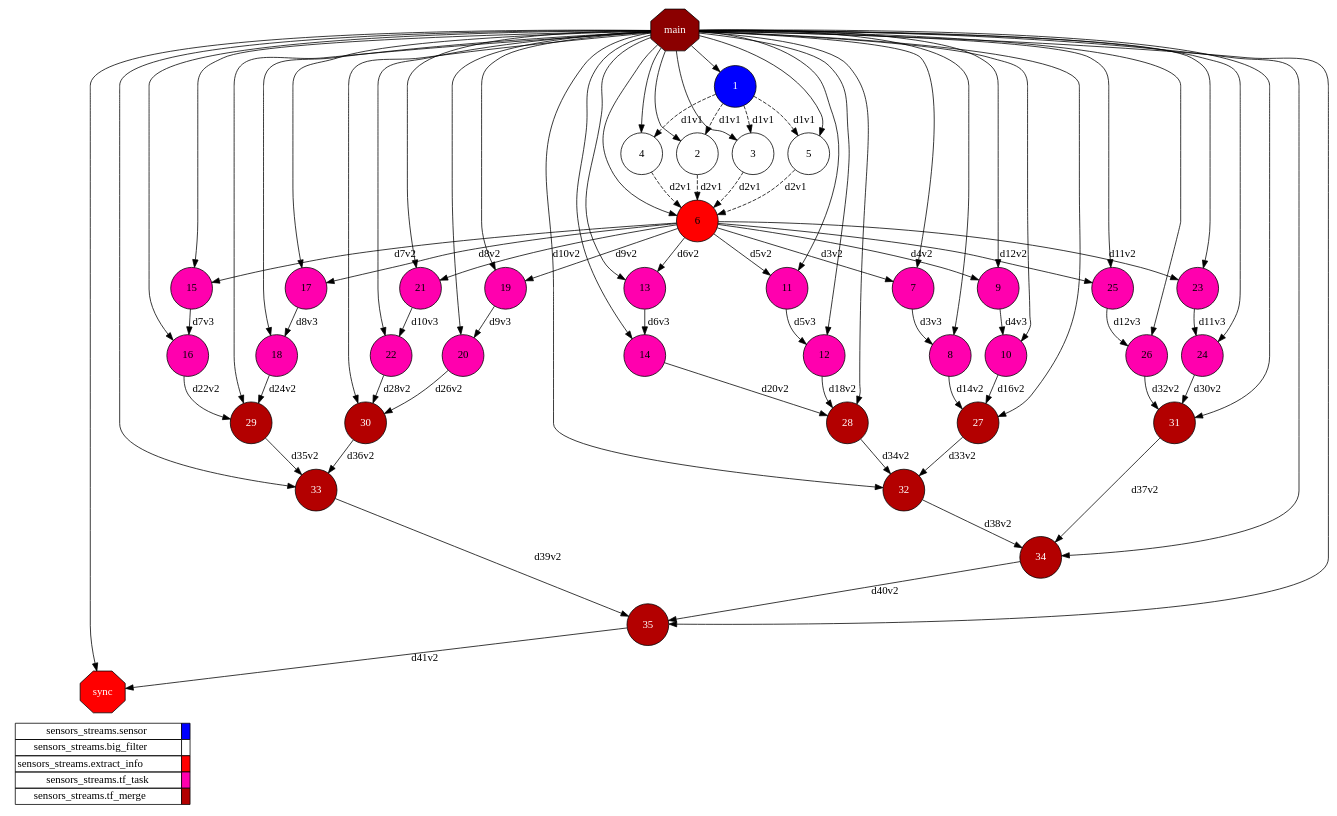
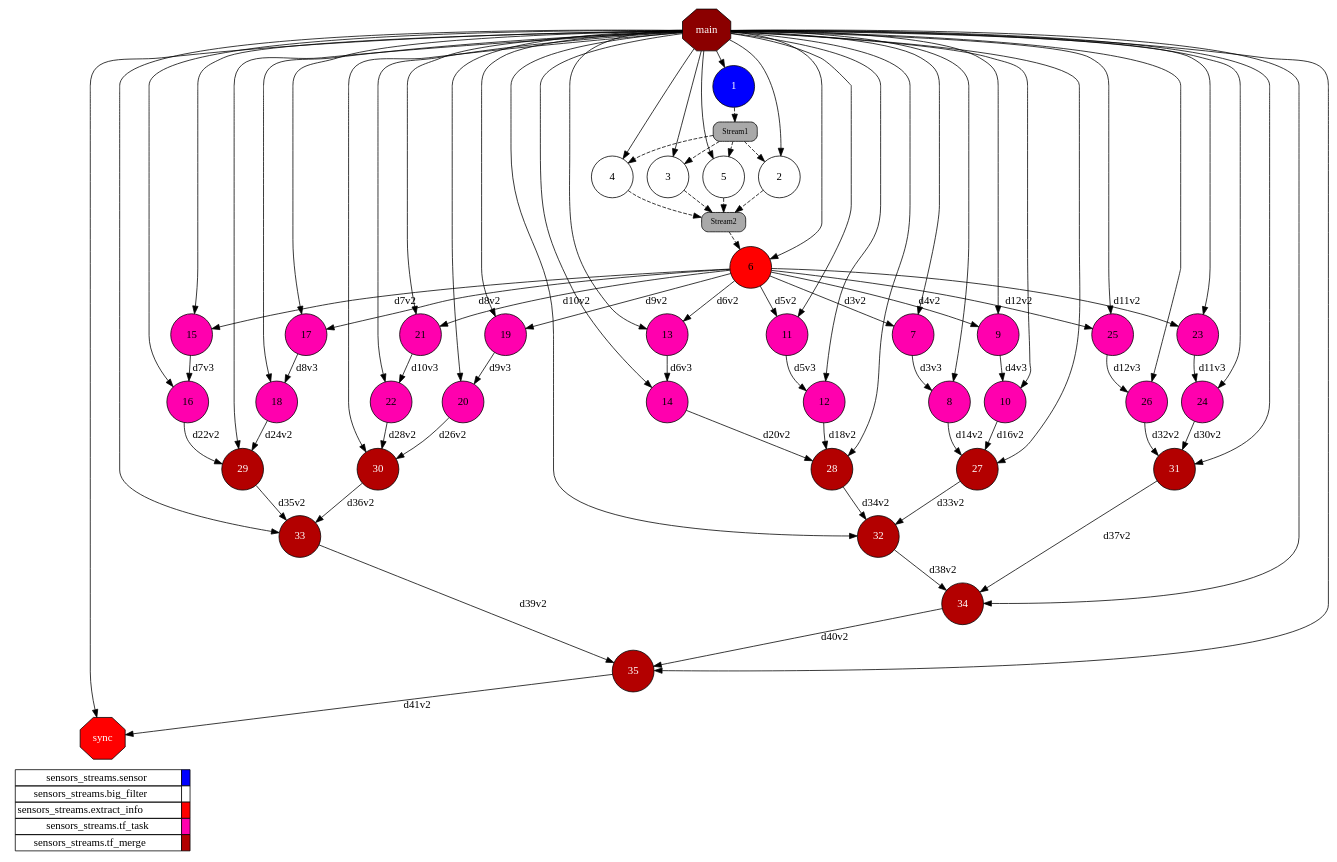
One commit to bsc-wdc/distro-stream-lib changed the diagram in examples_results/sensors-python/monitor/complete_graph.dot. Above: the diagram before and after it, drawn with Graphviz. The commit also changed 9 other files, not shown here.

Commit message:
Update examples task graphs

```diff
--- a/examples_results/sensors-python/monitor/complete_graph.dot
+++ b/examples_results/sensors-python/monitor/complete_graph.dot
@@ -1,159 +1,171 @@
 digraph {
   rankdir=TB;
   labeljust="l";
   compound= true;
   subgraph dependence_graph {
     ranksep=0.20;
     node[height=0.75];
 
 Synchro0[label="main", shape=octagon, style=filled fillcolor="#8B0000" fontcolor="#FFFFFF"];
 1[shape=circle, style=filled fillcolor="#0000ff" fontcolor="#ffffff"];
 Synchro0 -> 1;
+Stream1[shape=rect style="rounded,filled" width=0 height=0 margin=0.1 fontsize=10 fillcolor="#a9a9a9" fontcolor="#000000"]
+1 -> Stream1 [style=dashed];
 2[shape=circle, style=filled fillcolor="#ffffff" fontcolor="#000000"];
-1 -> 2 [style=dashed, label="d1v1"];
+Stream1[shape=rect style="rounded,filled" width=0 height=0 margin=0.1 fontsize=10 fillcolor="#a9a9a9" fontcolor="#000000"]
+Stream1 -> 2 [style=dashed];
 Synchro0 -> 2;
+Stream2[shape=rect style="rounded,filled" width=0 height=0 margin=0.1 fontsize=10 fillcolor="#a9a9a9" fontcolor="#000000"]
+2 -> Stream2 [style=dashed];
 3[shape=circle, style=filled fillcolor="#ffffff" fontcolor="#000000"];
-1 -> 3 [style=dashed, label="d1v1"];
+Stream1[shape=rect style="rounded,filled" width=0 height=0 margin=0.1 fontsize=10 fillcolor="#a9a9a9" fontcolor="#000000"]
+Stream1 -> 3 [style=dashed];
 Synchro0 -> 3;
+Stream2[shape=rect style="rounded,filled" width=0 height=0 margin=0.1 fontsize=10 fillcolor="#a9a9a9" fontcolor="#000000"]
+3 -> Stream2 [style=dashed];
 4[shape=circle, style=filled fillcolor="#ffffff" fontcolor="#000000"];
-1 -> 4 [style=dashed, label="d1v1"];
+Stream1[shape=rect style="rounded,filled" width=0 height=0 margin=0.1 fontsize=10 fillcolor="#a9a9a9" fontcolor="#000000"]
+Stream1 -> 4 [style=dashed];
 Synchro0 -> 4;
+Stream2[shape=rect style="rounded,filled" width=0 height=0 margin=0.1 fontsize=10 fillcolor="#a9a9a9" fontcolor="#000000"]
+4 -> Stream2 [style=dashed];
 5[shape=circle, style=filled fillcolor="#ffffff" fontcolor="#000000"];
-1 -> 5 [style=dashed, label="d1v1"];
+Stream1[shape=rect style="rounded,filled" width=0 height=0 margin=0.1 fontsize=10 fillcolor="#a9a9a9" fontcolor="#000000"]
+Stream1 -> 5 [style=dashed];
 Synchro0 -> 5;
+Stream2[shape=rect style="rounded,filled" width=0 height=0 margin=0.1 fontsize=10 fillcolor="#a9a9a9" fontcolor="#000000"]
+5 -> Stream2 [style=dashed];
 6[shape=circle, style=filled fillcolor="#ff0000" fontcolor="#000000"];
-2 -> 6 [style=dashed, label="d2v1"];
-3 -> 6 [style=dashed, label="d2v1"];
-4 -> 6 [style=dashed, label="d2v1"];
-5 -> 6 [style=dashed, label="d2v1"];
+Stream2[shape=rect style="rounded,filled" width=0 height=0 margin=0.1 fontsize=10 fillcolor="#a9a9a9" fontcolor="#000000"]
+Stream2 -> 6 [style=dashed];
 Synchro0 -> 6;
 7[shape=circle, style=filled fillcolor="#ff00ae" fontcolor="#000000"];
 6 -> 7 [label="d3v2"];
 Synchro0 -> 7;
 8[shape=circle, style=filled fillcolor="#ff00ae" fontcolor="#000000"];
 7 -> 8 [label="d3v3"];
 Synchro0 -> 8;
 9[shape=circle, style=filled fillcolor="#ff00ae" fontcolor="#000000"];
 6 -> 9 [label="d4v2"];
 Synchro0 -> 9;
 10[shape=circle, style=filled fillcolor="#ff00ae" fontcolor="#000000"];
 9 -> 10 [label="d4v3"];
 Synchro0 -> 10;
 11[shape=circle, style=filled fillcolor="#ff00ae" fontcolor="#000000"];
 6 -> 11 [label="d5v2"];
 Synchro0 -> 11;
 12[shape=circle, style=filled fillcolor="#ff00ae" fontcolor="#000000"];
 11 -> 12 [label="d5v3"];
 Synchro0 -> 12;
 13[shape=circle, style=filled fillcolor="#ff00ae" fontcolor="#000000"];
 6 -> 13 [label="d6v2"];
 Synchro0 -> 13;
 14[shape=circle, style=filled fillcolor="#ff00ae" fontcolor="#000000"];
 13 -> 14 [label="d6v3"];
 Synchro0 -> 14;
 15[shape=circle, style=filled fillcolor="#ff00ae" fontcolor="#000000"];
 6 -> 15 [label="d7v2"];
 Synchro0 -> 15;
 16[shape=circle, style=filled fillcolor="#ff00ae" fontcolor="#000000"];
 15 -> 16 [label="d7v3"];
 Synchro0 -> 16;
 17[shape=circle, style=filled fillcolor="#ff00ae" fontcolor="#000000"];
 6 -> 17 [label="d8v2"];
 Synchro0 -> 17;
 18[shape=circle, style=filled fillcolor="#ff00ae" fontcolor="#000000"];
 17 -> 18 [label="d8v3"];
 Synchro0 -> 18;
 19[shape=circle, style=filled fillcolor="#ff00ae" fontcolor="#000000"];
 6 -> 19 [label="d9v2"];
 Synchro0 -> 19;
 20[shape=circle, style=filled fillcolor="#ff00ae" fontcolor="#000000"];
 19 -> 20 [label="d9v3"];
 Synchro0 -> 20;
 21[shape=circle, style=filled fillcolor="#ff00ae" fontcolor="#000000"];
 6 -> 21 [label="d10v2"];
 Synchro0 -> 21;
 22[shape=circle, style=filled fillcolor="#ff00ae" fontcolor="#000000"];
 21 -> 22 [label="d10v3"];
 Synchro0 -> 22;
 23[shape=circle, style=filled fillcolor="#ff00ae" fontcolor="#000000"];
 6 -> 23 [label="d11v2"];
 Synchro0 -> 23;
 24[shape=circle, style=filled fillcolor="#ff00ae" fontcolor="#000000"];
 23 -> 24 [label="d11v3"];
 Synchro0 -> 24;
 25[shape=circle, style=filled fillcolor="#ff00ae" fontcolor="#000000"];
 6 -> 25 [label="d12v2"];
 Synchro0 -> 25;
 26[shape=circle, style=filled fillcolor="#ff00ae" fontcolor="#000000"];
 25 -> 26 [label="d12v3"];
 Synchro0 -> 26;
 27[shape=circle, style=filled fillcolor="#b30000" fontcolor="#ffffff"];
 8 -> 27 [label="d14v2"];
 10 -> 27 [label="d16v2"];
 Synchro0 -> 27;
 28[shape=circle, style=filled fillcolor="#b30000" fontcolor="#ffffff"];
 12 -> 28 [label="d18v2"];
 14 -> 28 [label="d20v2"];
 Synchro0 -> 28;
 29[shape=circle, style=filled fillcolor="#b30000" fontcolor="#ffffff"];
 16 -> 29 [label="d22v2"];
 18 -> 29 [label="d24v2"];
 Synchro0 -> 29;
 30[shape=circle, style=filled fillcolor="#b30000" fontcolor="#ffffff"];
 20 -> 30 [label="d26v2"];
 22 -> 30 [label="d28v2"];
 Synchro0 -> 30;
 31[shape=circle, style=filled fillcolor="#b30000" fontcolor="#ffffff"];
 24 -> 31 [label="d30v2"];
 26 -> 31 [label="d32v2"];
 Synchro0 -> 31;
 32[shape=circle, style=filled fillcolor="#b30000" fontcolor="#ffffff"];
 27 -> 32 [label="d33v2"];
 28 -> 32 [label="d34v2"];
 Synchro0 -> 32;
 33[shape=circle, style=filled fillcolor="#b30000" fontcolor="#ffffff"];
 29 -> 33 [label="d35v2"];
 30 -> 33 [label="d36v2"];
 Synchro0 -> 33;
 34[shape=circle, style=filled fillcolor="#b30000" fontcolor="#ffffff"];
 31 -> 34 [label="d37v2"];
 32 -> 34 [label="d38v2"];
 Synchro0 -> 34;
 35[shape=circle, style=filled fillcolor="#b30000" fontcolor="#ffffff"];
 33 -> 35 [label="d39v2"];
 34 -> 35 [label="d40v2"];
 Synchro0 -> 35;
 Synchro1[label="sync", shape=octagon, style=filled fillcolor="#ff0000" fontcolor="#FFFFFF"];
 Synchro0 -> Synchro1;
 35 -> Synchro1 [label="d41v2"];  }
   subgraph legend {
     rank=sink;
     node [shape=plaintext, height=0.75];
     ranksep=0.20;
     label = "Legend";
     key [label=<
       <table border="0" cellpadding="2" cellspacing="0" cellborder="1">
 <tr>
 <td align="right">sensors_streams.sensor</td>
 <td bgcolor="#0000ff">&nbsp;</td>
 </tr>
 <tr>
 <td align="right">sensors_streams.big_filter</td>
 <td bgcolor="#ffffff">&nbsp;</td>
 </tr>
 <tr>
 <td align="right">sensors_streams.extract_info</td>
 <td bgcolor="#ff0000">&nbsp;</td>
 </tr>
 <tr>
 <td align="right">sensors_streams.tf_task</td>
 <td bgcolor="#ff00ae">&nbsp;</td>
 </tr>
 <tr>
 <td align="right">sensors_streams.tf_merge</td>
 <td bgcolor="#b30000">&nbsp;</td>
 </tr>
       </table>
     >]
   }
 }
```
